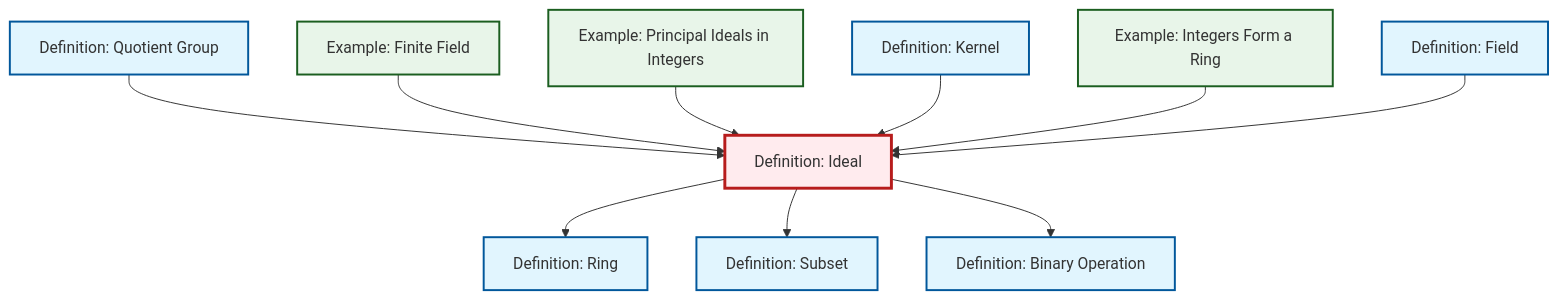
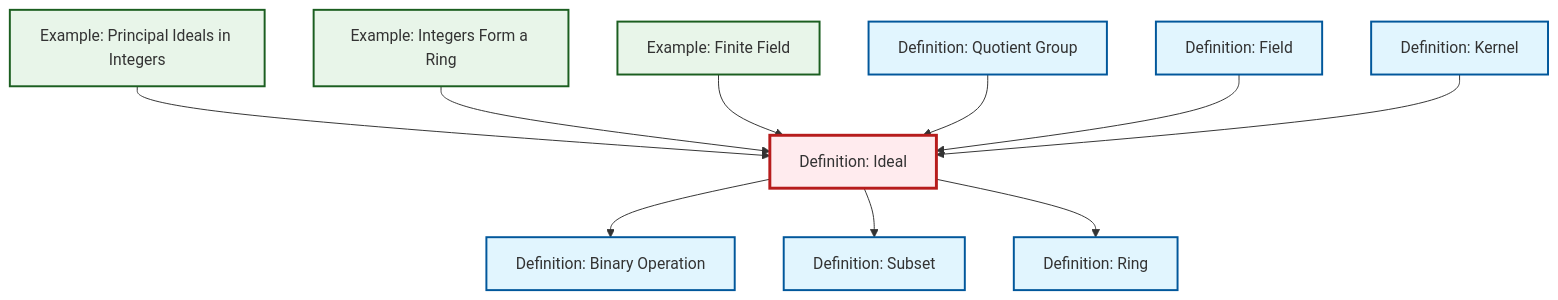
The diagram in content/en/algebra/def-ideal.qmd (RK0429/ModernMath), drawn with Mermaid before and after one commit. The commit also changed other lines of this file and 554 other files, not shown here.

````diff
--- a/content/en/algebra/def-ideal.qmd
+++ b/content/en/algebra/def-ideal.qmd
@@ -79,38 +79,38 @@
 ```{mermaid}
 %%| fig-cap: "Local dependency graph"
 graph TD
     classDef definition fill:#e1f5fe,stroke:#01579b,stroke-width:2px
     classDef theorem fill:#f3e5f5,stroke:#4a148c,stroke-width:2px
     classDef axiom fill:#fff3e0,stroke:#e65100,stroke-width:2px
     classDef example fill:#e8f5e9,stroke:#1b5e20,stroke-width:2px
     classDef current fill:#ffebee,stroke:#b71c1c,stroke-width:3px
+    def-ring["Definition: Ring"]:::definition
+    ex-principal-ideal["Example: Principal Ideals in Integers"]:::example
+    def-field["Definition: Field"]:::definition
+    def-quotient-group["Definition: Quotient Group"]:::definition
+    ex-finite-field["Example: Finite Field"]:::example
+    def-kernel["Definition: Kernel"]:::definition
     def-ideal["Definition: Ideal"]:::definition
-    ex-finite-field["Example: Finite Field"]:::example
-    def-quotient-group["Definition: Quotient Group"]:::definition
-    def-field["Definition: Field"]:::definition
     ex-integers-ring["Example: Integers Form a Ring"]:::example
     def-binary-operation["Definition: Binary Operation"]:::definition
-    def-ring["Definition: Ring"]:::definition
-    ex-principal-ideal["Example: Principal Ideals in Integers"]:::example
-    def-kernel["Definition: Kernel"]:::definition
     def-subset["Definition: Subset"]:::definition
+    ex-principal-ideal --> def-ideal
+    ex-integers-ring --> def-ideal
+    ex-finite-field --> def-ideal
+    def-quotient-group --> def-ideal
+    def-field --> def-ideal
+    def-ideal --> def-binary-operation
+    def-kernel --> def-ideal
+    def-ideal --> def-subset
     def-ideal --> def-ring
-    def-quotient-group --> def-ideal
-    def-ideal --> def-subset
-    ex-finite-field --> def-ideal
-    ex-principal-ideal --> def-ideal
-    def-kernel --> def-ideal
-    def-ideal --> def-binary-operation
-    ex-integers-ring --> def-ideal
-    def-field --> def-ideal
     class def-ideal current
+    click def-ring "def-ring.html" "Go to Ring definition"
+    click ex-principal-ideal "ex-principal-ideal.html" "Go to Principal Ideals in Integers example"
+    click def-field "def-field.html" "Go to Field definition"
+    click def-quotient-group "def-quotient-group.html" "Go to Quotient Group definition"
     click ex-finite-field "ex-finite-field.html" "Go to Finite Field example"
-    click def-quotient-group "def-quotient-group.html" "Go to Quotient Group definition"
-    click def-field "def-field.html" "Go to Field definition"
+    click def-kernel "def-kernel.html" "Go to Kernel definition"
     click ex-integers-ring "ex-integers-ring.html" "Go to Integers Form a Ring example"
     click def-binary-operation "def-binary-operation.html" "Go to Binary Operation definition"
-    click def-ring "def-ring.html" "Go to Ring definition"
-    click ex-principal-ideal "ex-principal-ideal.html" "Go to Principal Ideals in Integers example"
-    click def-kernel "def-kernel.html" "Go to Kernel definition"
     click def-subset "def-subset.html" "Go to Subset definition"
 ```
````
